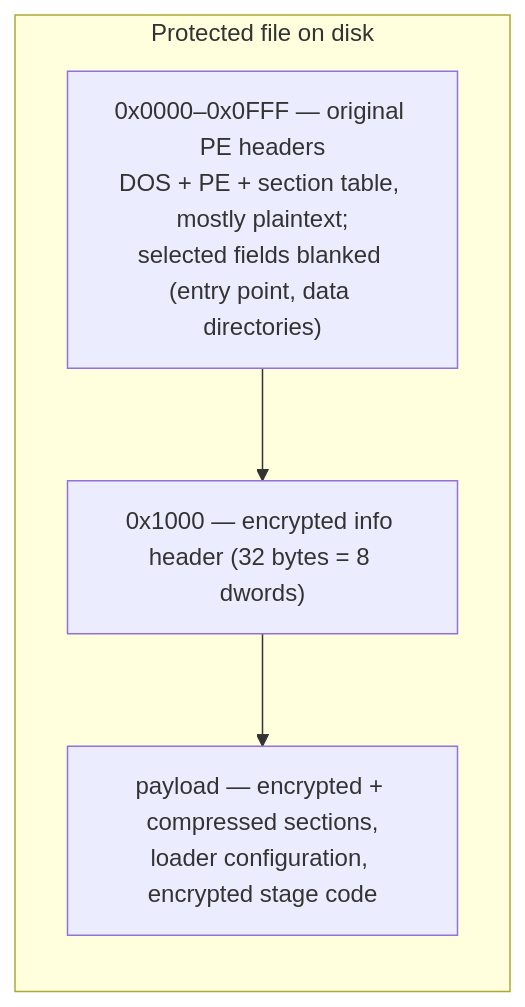
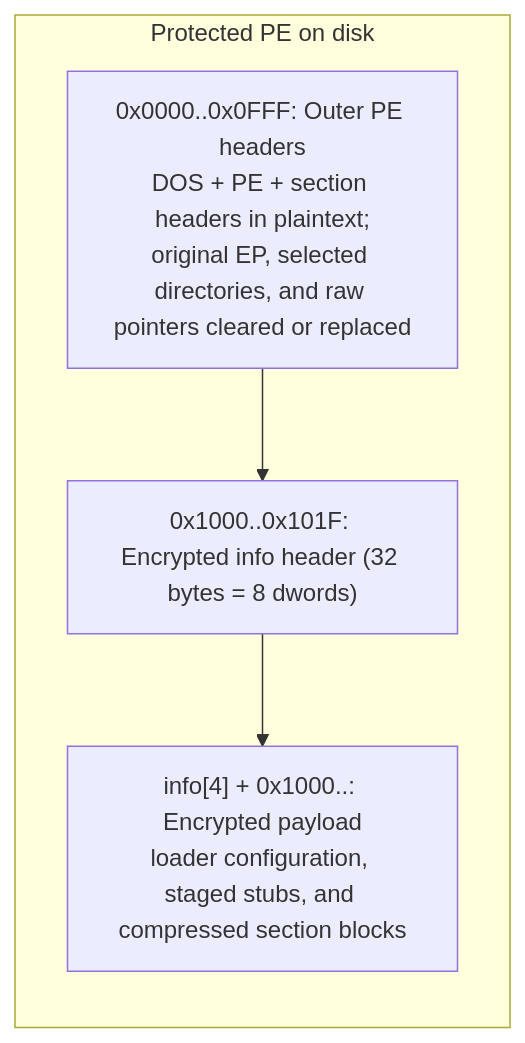
One commit to Momoko-Ayase/crackproof-research changed the diagram in internals/windows/en/file-structure/container-layout.md. Above: the diagram before and after it, drawn with Mermaid. The commit also changed other lines of this file and 446 other files, not shown here.

````diff
--- a/internals/windows/en/file-structure/container-layout.md
+++ b/internals/windows/en/file-structure/container-layout.md
@@ -11,10 +12,10 @@
 ```mermaid
 flowchart TB
-    subgraph FILE["Protected file on disk"]
+    subgraph FILE["Protected PE on disk"]
         direction TB
-        H["0x0000–0x0FFF — original PE headers<br/>DOS + PE + section table, mostly plaintext;<br/>selected fields blanked (entry point, data directories)"]
-        I["0x1000 — encrypted info header (32 bytes = 8 dwords)"]
-        P["payload — encrypted + compressed sections,<br/>loader configuration, encrypted stage code"]
+        H["0x0000..0x0FFF: Outer PE headers<br/>DOS + PE + section headers in plaintext;<br/>original EP, selected directories, and raw pointers cleared or replaced"]
+        I["0x1000..0x101F: Encrypted info header (32 bytes = 8 dwords)"]
+        P["info[4] + 0x1000..: Encrypted payload<br/>loader configuration, staged stubs, and compressed section blocks"]
     end
     H --> I --> P
 ```
````
